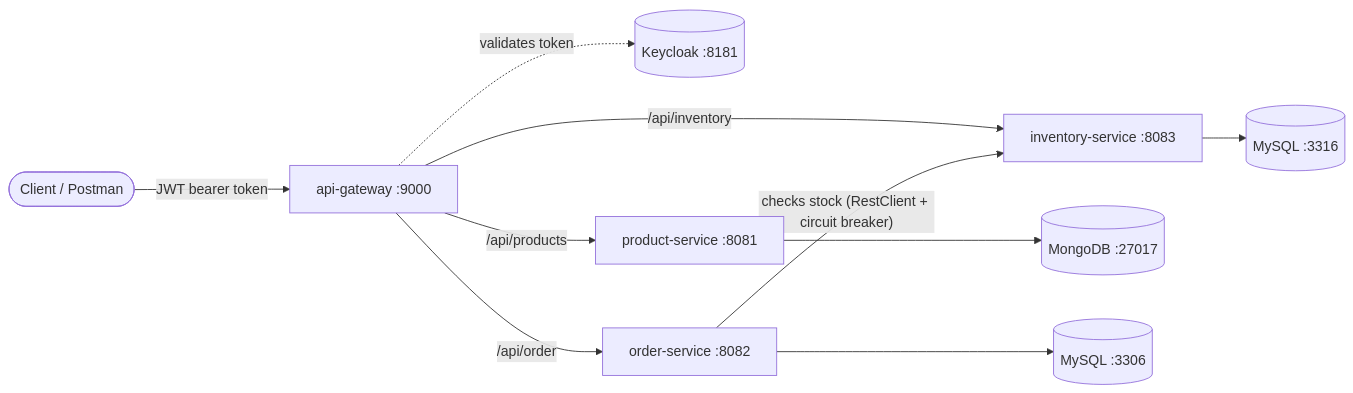
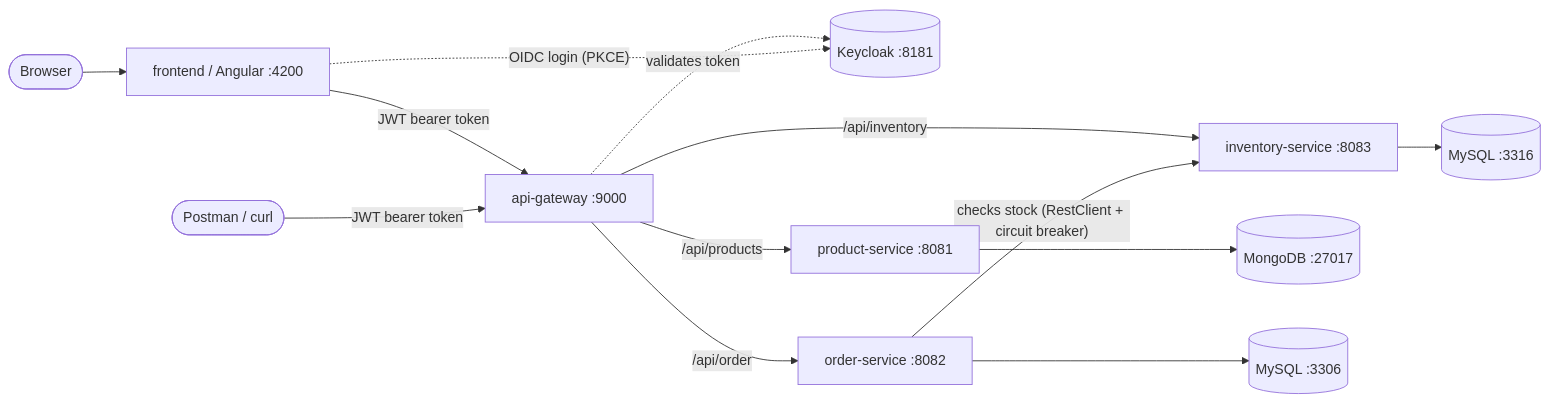
Before and after one commit to iusamahub/ecommerce-microservices: the diagram in README.md, drawn with Mermaid. The commit also changed other lines of this file and 50 other files, not shown here.

First line of the commit message:
Add Angular frontend and rework inventory-service into a general stock service

````diff
--- a/README.md
+++ b/README.md
@@ -23,22 +23,27 @@
 ```mermaid
 flowchart LR
-    Client([Client / Postman])
+    Browser([Browser])
+    FE[frontend / Angular :4200]
+    Client([Postman / curl])
     GW[api-gateway :9000]
     Auth[(Keycloak :8181)]
     Product[product-service :8081]
     Order[order-service :8082]
     Inventory[inventory-service :8083]
     Mongo[(MongoDB :27017)]
     MySQLOrder[(MySQL :3306)]
     MySQLInventory[(MySQL :3316)]
 
+    Browser --> FE
+    FE -- "JWT bearer token" --> GW
     Client -- "JWT bearer token" --> GW
     GW -. "validates token" .-> Auth
+    FE -. "OIDC login (PKCE)" .-> Auth
     GW -- "/api/products" --> Product
     GW -- "/api/order" --> Order
     GW -- "/api/inventory" --> Inventory
     Order -- "checks stock (RestClient + circuit breaker)" --> Inventory
     Product --> Mongo
     Order --> MySQLOrder
     Inventory --> MySQLInventory
 ```
````
